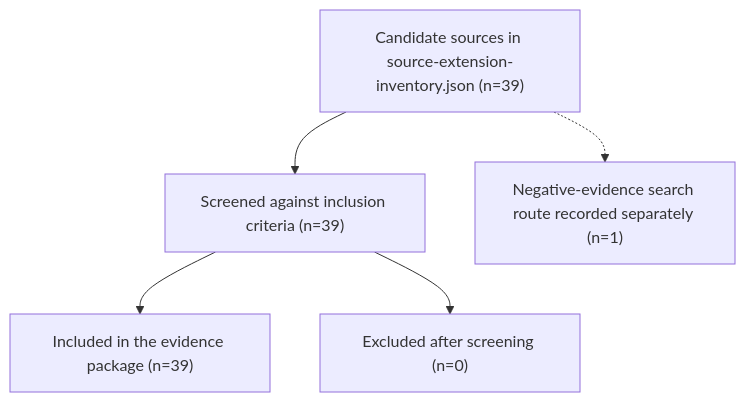
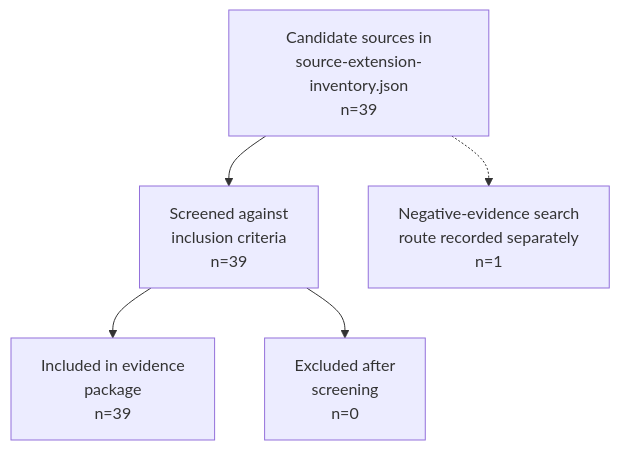
The diagram in docs/article-hardening/figures/prisma-2020-screening-flow.md (edithatogo/UOGTO), drawn with Mermaid before and after one commit. The commit also changed other lines of this file and 119 other files, not shown here.

````diff
--- a/docs/article-hardening/figures/prisma-2020-screening-flow.md
+++ b/docs/article-hardening/figures/prisma-2020-screening-flow.md
@@ -5,7 +5,12 @@
 ```mermaid
 flowchart TD
-    A["Candidate sources in source-extension-inventory.json (n=39)"] --> B["Screened against inclusion criteria (n=39)"]
-    B --> C["Included in the evidence package (n=39)"]
-    B --> D["Excluded after screening (n=0)"]
-    A -.-> E["Negative-evidence search route recorded separately (n=1)"]
+    N0["Candidate sources in<br/>source-extension-inventory.json<br/>n=39"]
+    N1["Screened against<br/>inclusion criteria<br/>n=39"]
+    N2["Included in evidence<br/>package<br/>n=39"]
+    N3["Excluded after<br/>screening<br/>n=0"]
+    N4["Negative-evidence search<br/>route recorded separately<br/>n=1"]
+    N0 --> N1
+    N1 --> N2
+    N1 --> N3
+    N0 -.-> N4
 ```
````
